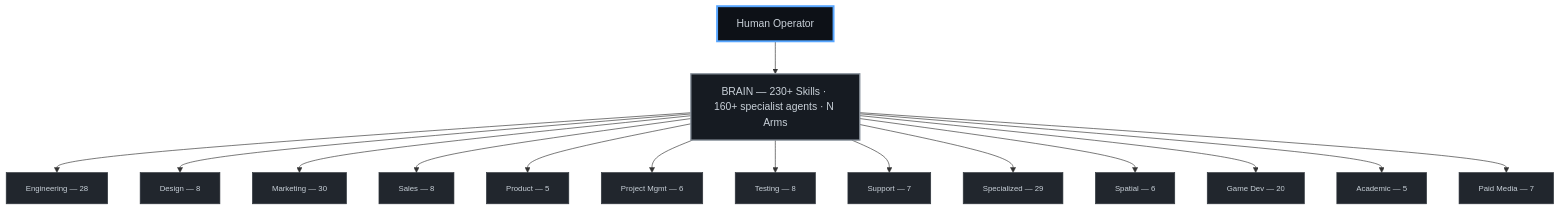
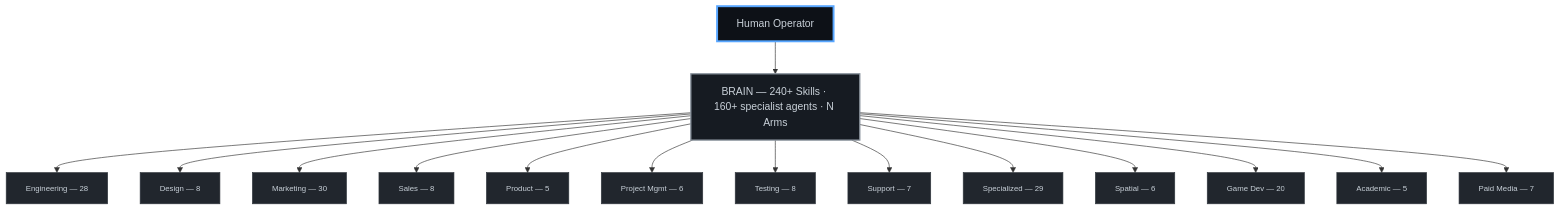
The diagram in docs/ANATOMY.md (CarlosCaPe/octorato), drawn with Mermaid before and after one commit. The commit also changed other lines of this file and 5 other files, not shown here.

````diff
--- a/docs/ANATOMY.md
+++ b/docs/ANATOMY.md
@@ -410,24 +410,24 @@
 ```mermaid
 graph TB
     classDef ceo fill:#0D1117,stroke:#58A6FF,stroke-width:3px,color:#C9D1D9
     classDef brain fill:#161B22,stroke:#8B949E,stroke-width:2px,color:#C9D1D9
     classDef div fill:#21262D,stroke:#30363D,stroke-width:1px,color:#C9D1D9,font-size:12px
 
     CEO["Human Operator"]:::ceo
-    BRAIN["BRAIN — 230+ Skills · 160+ specialist agents · N Arms"]:::brain
+    BRAIN["BRAIN — 240+ Skills · 160+ specialist agents · N Arms"]:::brain
     CEO --> BRAIN
 
     BRAIN --> ENG["Engineering — 28"]:::div
     BRAIN --> DES["Design — 8"]:::div
     BRAIN --> MKT["Marketing — 30"]:::div
     BRAIN --> SAL["Sales — 8"]:::div
     BRAIN --> PRD["Product — 5"]:::div
     BRAIN --> PM["Project Mgmt — 6"]:::div
     BRAIN --> TST["Testing — 8"]:::div
     BRAIN --> SUP["Support — 7"]:::div
     BRAIN --> SPC["Specialized — 29"]:::div
     BRAIN --> XR["Spatial — 6"]:::div
     BRAIN --> GMD["Game Dev — 20"]:::div
     BRAIN --> ACD["Academic — 5"]:::div
     BRAIN --> PMA["Paid Media — 7"]:::div
 ```
````
